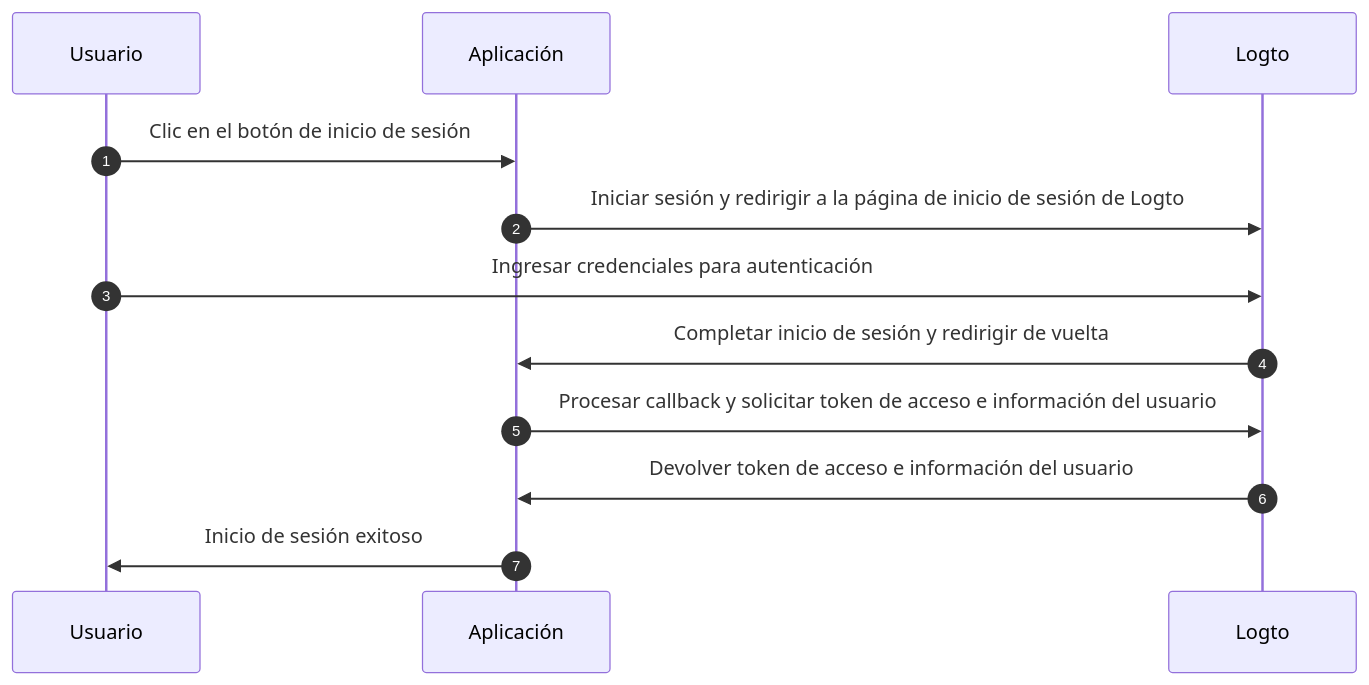
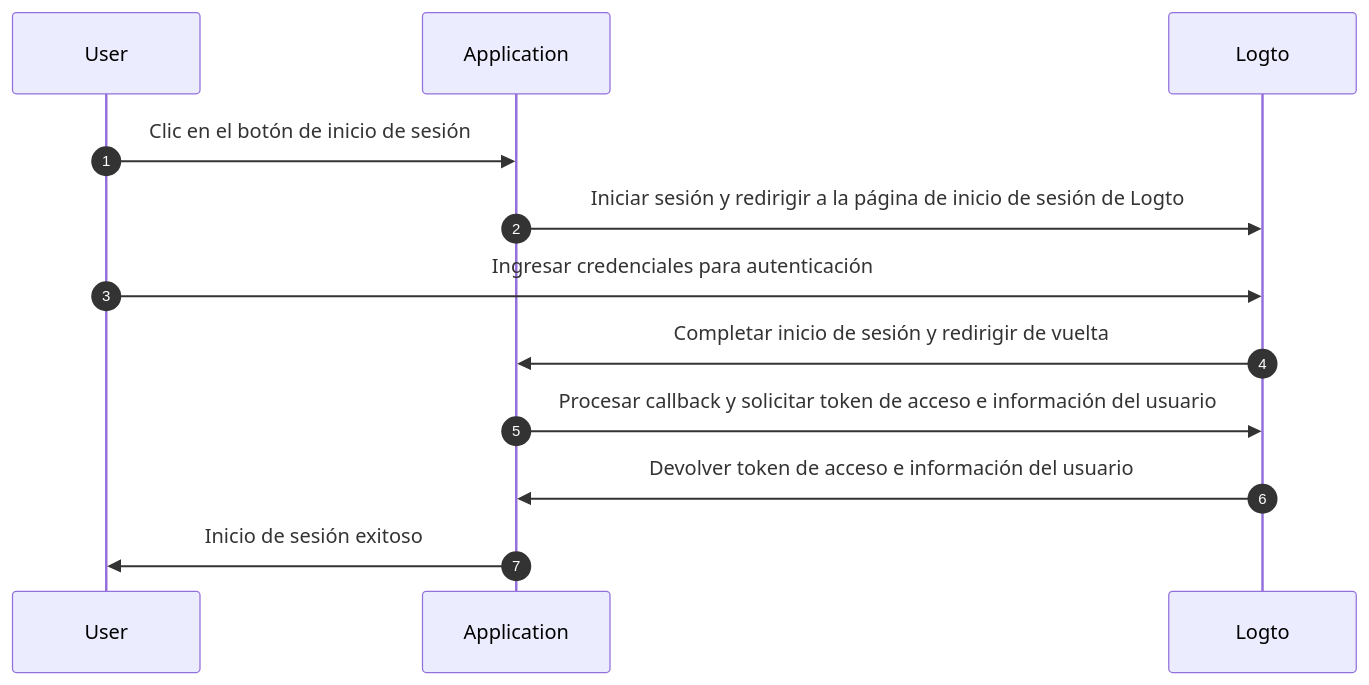
One commit to logto-io/docs changed the first of 2 diagrams in i18n/es/docusaurus-plugin-content-docs/current/integrate-logto/integrate-logto-into-your-application/understand-authentication-flow.mdx. Above: the diagram before and after it, drawn with Mermaid. The commit also changed other lines of this file and 174 other files, not shown here.

````diff
--- a/i18n/es/docusaurus-plugin-content-docs/current/integrate-logto/integrate-logto-into-your-application/understand-authentication-flow.mdx
+++ b/i18n/es/docusaurus-plugin-content-docs/current/integrate-logto/integrate-logto-into-your-application/understand-authentication-flow.mdx
@@ -9,15 +14,15 @@
 ```mermaid
 sequenceDiagram
     autonumber
-    participant Usuario
-    participant Aplicación
+    participant User
+    participant Application
     participant Logto
 
-    Usuario->>Aplicación: Clic en el botón de inicio de sesión
-    Aplicación->>Logto: Iniciar sesión y redirigir a la página de inicio de sesión de Logto
-    Usuario->>Logto: Ingresar credenciales para autenticación
-    Logto->>Aplicación: Completar inicio de sesión y redirigir de vuelta
-    Aplicación->>Logto: Procesar callback y solicitar token de acceso e información del usuario
-    Logto->>Aplicación: Devolver token de acceso e información del usuario
-    Aplicación->>Usuario: Inicio de sesión exitoso
+    User->>Application: Clic en el botón de inicio de sesión
+    Application->>Logto: Iniciar sesión y redirigir a la página de inicio de sesión de Logto
+    User->>Logto: Ingresar credenciales para autenticación
+    Logto->>Application: Completar inicio de sesión y redirigir de vuelta
+    Application->>Logto: Procesar callback y solicitar token de acceso e información del usuario
+    Logto->>Application: Devolver token de acceso e información del usuario
+    Application->>User: Inicio de sesión exitoso
 ```
````
